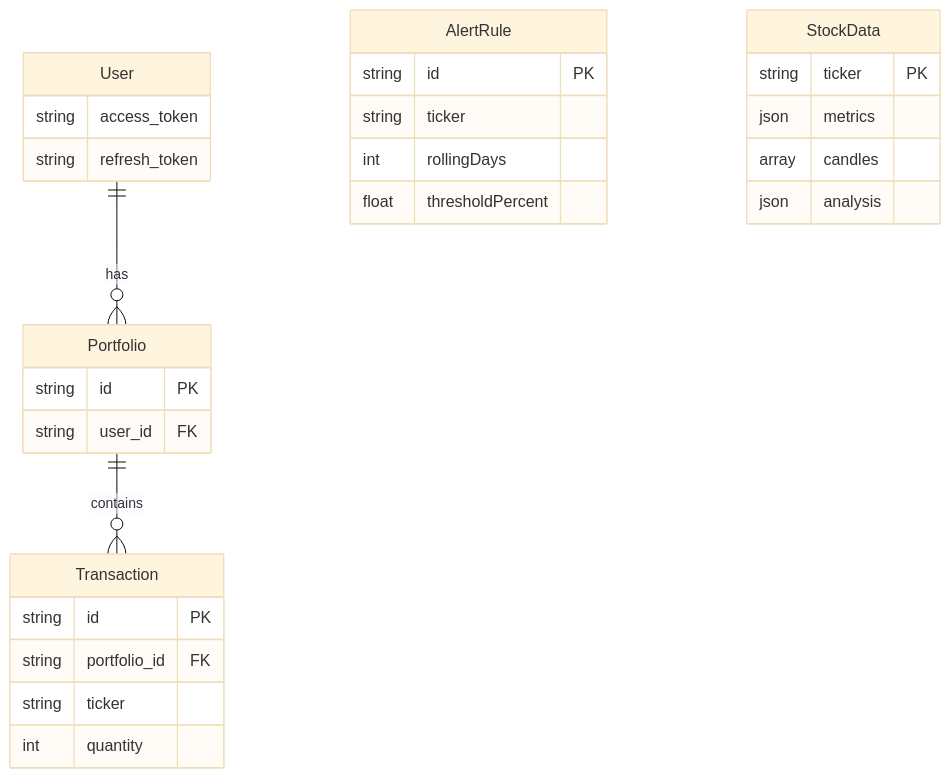
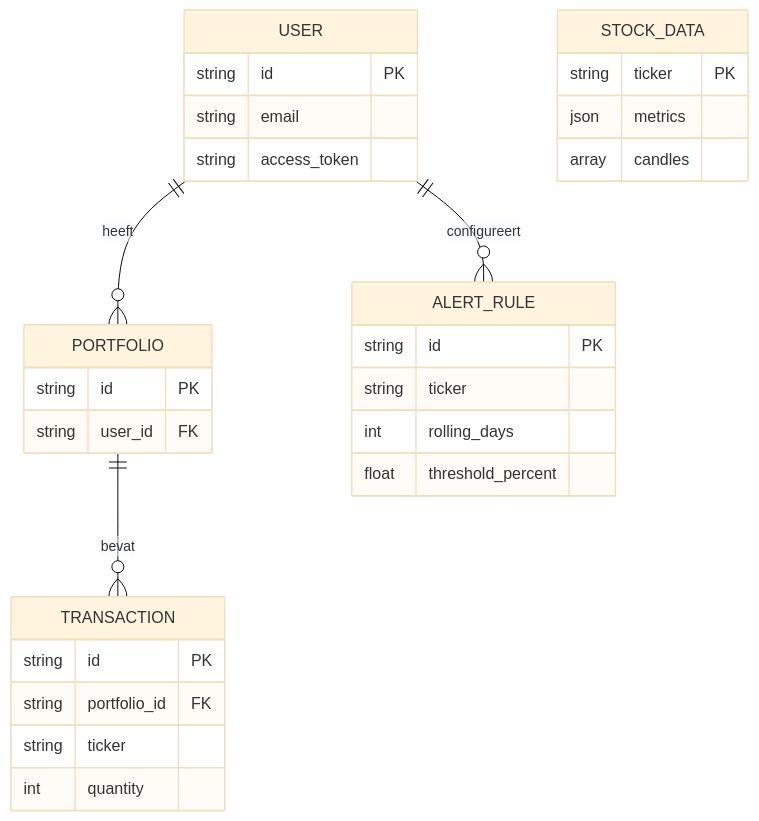
One commit to sebian-lab/sebian-lab.github.io changed the second of 2 diagrams in content/projects/alphatracer-mobile/index.nl.md. Above: the diagram before and after it, drawn with Mermaid (base theme). The commit also changed other lines of this file and 2 other files, not shown here.

Commit message:
Improve article readability by removing redundant author box/TOC and optimizing Mermaid diagrams

```diff
--- a/content/projects/alphatracer-mobile/index.nl.md
+++ b/content/projects/alphatracer-mobile/index.nl.md
@@ -90,32 +82,33 @@
 {{< mermaid >}}
 erDiagram
-    User ||--o{ Portfolio : "has"
-    Portfolio ||--o{ Transaction : "contains"
+    USER ||--o{ PORTFOLIO : "heeft"
+    PORTFOLIO ||--o{ TRANSACTION : "bevat"
+    USER ||--o{ ALERT_RULE : "configureert"
 
-    User {
+    USER {
+        string id PK
+        string email
         string access_token
-        string refresh_token
     }
-    Portfolio {
+    PORTFOLIO {
         string id PK
         string user_id FK
     }
-    Transaction {
+    TRANSACTION {
         string id PK
         string portfolio_id FK
         string ticker
         int quantity
     }
-    AlertRule {
+    ALERT_RULE {
         string id PK
         string ticker
-        int rollingDays
-        float thresholdPercent
+        int rolling_days
+        float threshold_percent
     }
-    StockData {
+    STOCK_DATA {
         string ticker PK
         json metrics
         array candles
-        json analysis
     }
 {{< /mermaid >}}
```
